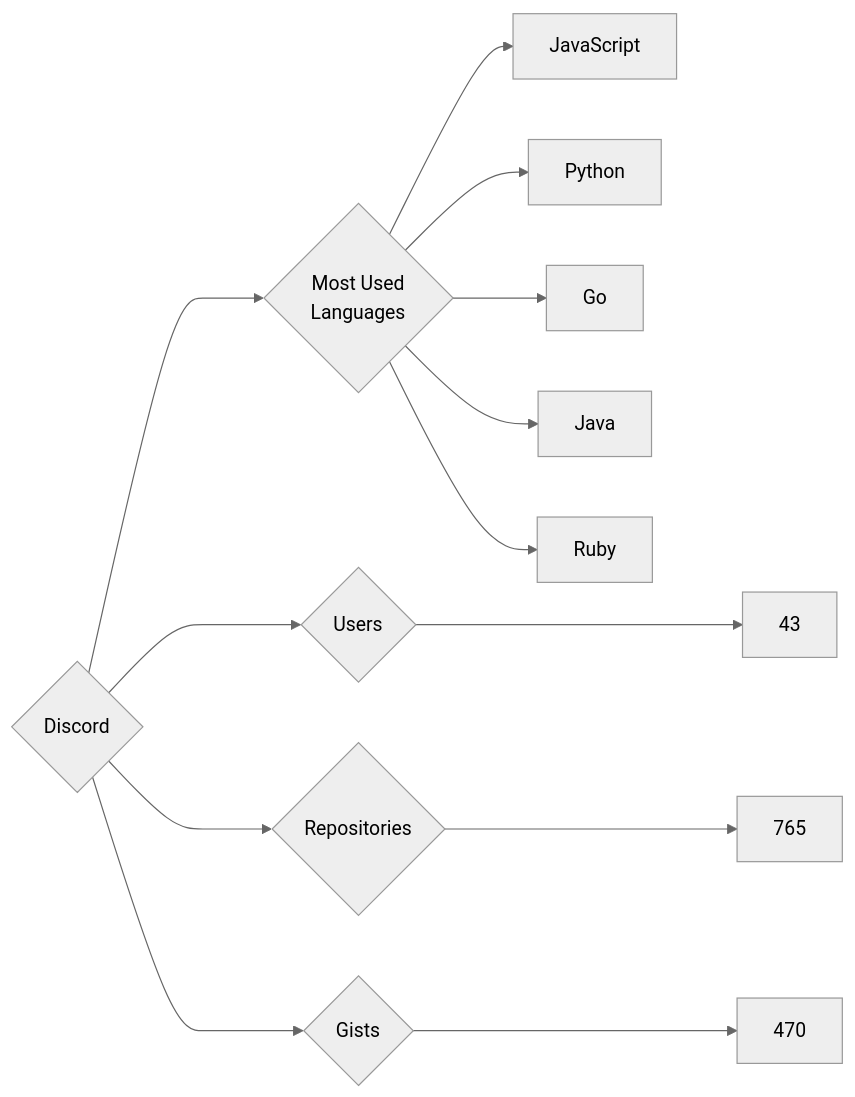
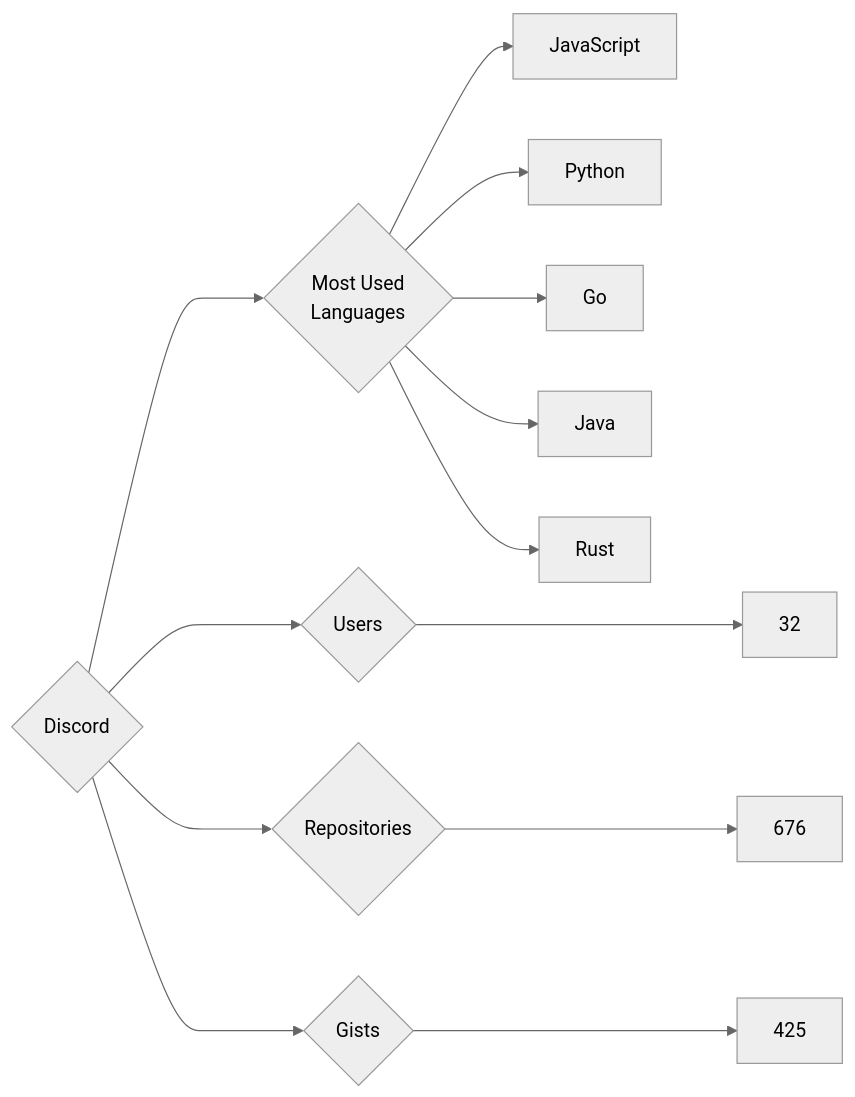
Before and after one commit to trickest/insiders: the diagram in targets/Discord/README.md, drawn with Mermaid (neutral theme). The commit also changed 860 other files, not shown here.

````diff
--- a/targets/Discord/README.md
+++ b/targets/Discord/README.md
@@ -3,13 +3,13 @@
 ```mermaid
 graph LR
 COMPANY_NAME{Discord}
-COMPANY_NAME ---> U{Users} ---> UN[43]
-COMPANY_NAME ---> R{Repositories} ---> RN[765]
-COMPANY_NAME ---> G{Gists} ---> GN[470]
+COMPANY_NAME ---> U{Users} ---> UN[32]
+COMPANY_NAME ---> R{Repositories} ---> RN[676]
+COMPANY_NAME ---> G{Gists} ---> GN[425]
 COMPANY_NAME ---> ML{Most Used<br>Languages}
 ML --> JavaScript[JavaScript]
 ML --> Python[Python]
 ML --> Go[Go]
 ML --> Java[Java]
-ML --> Ruby[Ruby]
+ML --> Rust[Rust]
 ```
````
